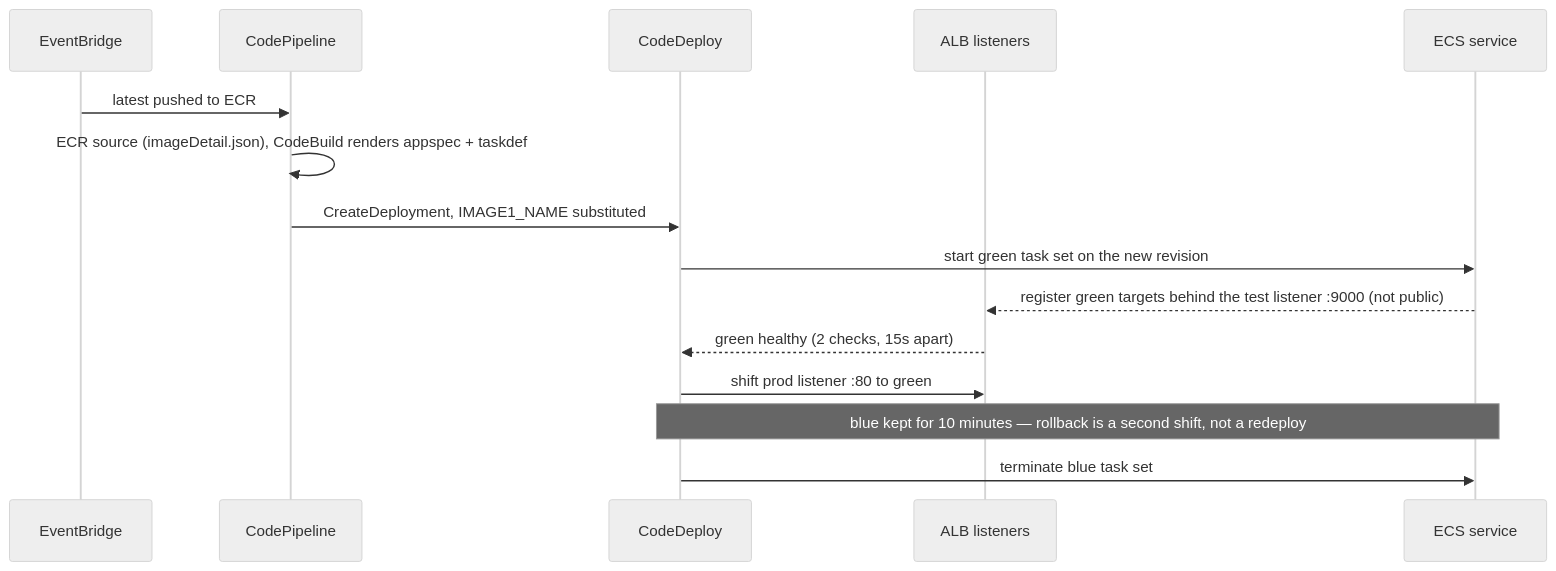
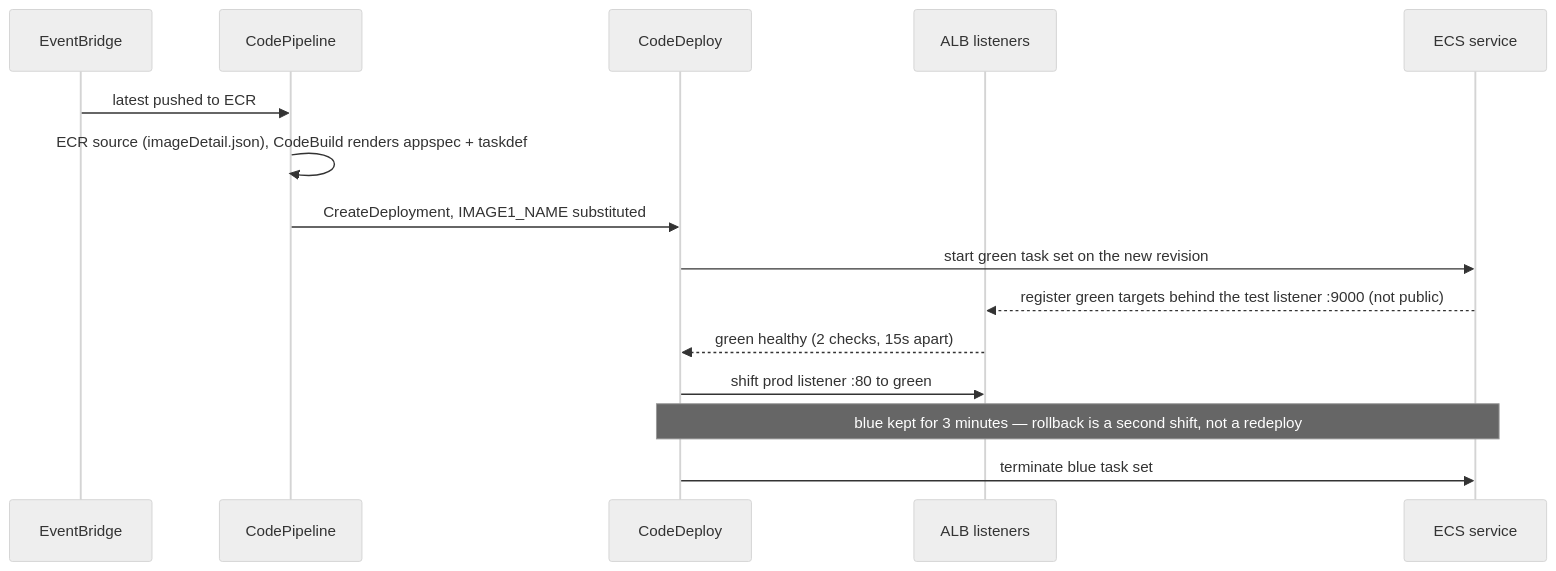
One commit to 1MuhireDavid/todo-app-infra changed the third of 3 diagrams in docs/architecture.md. Above: the diagram before and after it, drawn with Mermaid (neutral theme). The commit also changed other lines of this file and 4 other files, not shown here.

First line of the commit message:
Keep the blue task set for 3 minutes after cutover

````diff
--- a/docs/architecture.md
+++ b/docs/architecture.md
@@ -118,18 +118,18 @@
 ```mermaid
 sequenceDiagram
     participant EB as EventBridge
     participant CP as CodePipeline
     participant CD as CodeDeploy
     participant ALB as ALB listeners
     participant ECS as ECS service
 
     EB->>CP: latest pushed to ECR
     CP->>CP: ECR source (imageDetail.json), CodeBuild renders appspec + taskdef
     CP->>CD: CreateDeployment, IMAGE1_NAME substituted
     CD->>ECS: start green task set on the new revision
     ECS-->>ALB: register green targets behind the test listener :9000 (not public)
     ALB-->>CD: green healthy (2 checks, 15s apart)
     CD->>ALB: shift prod listener :80 to green
-    Note over CD,ECS: blue kept for 10 minutes — rollback is a second shift, not a redeploy
+    Note over CD,ECS: blue kept for 3 minutes — rollback is a second shift, not a redeploy
     CD->>ECS: terminate blue task set
 ```
````
